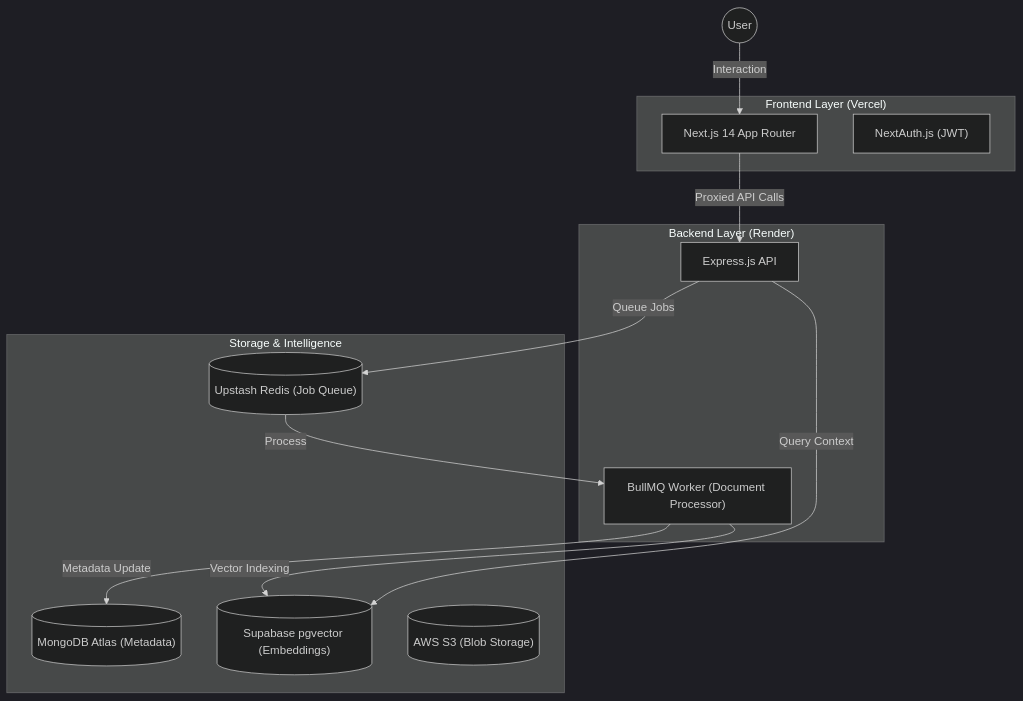
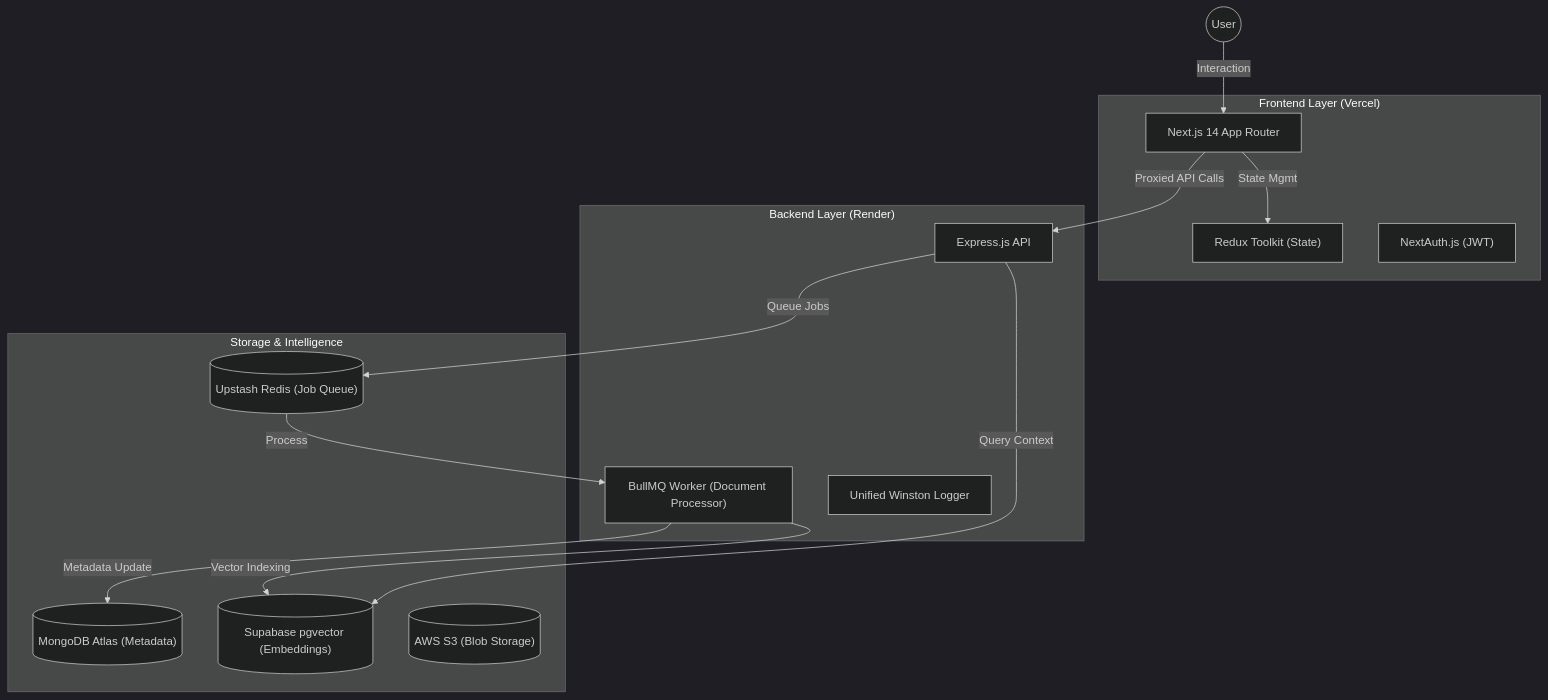
One commit to abdulbasithibnhanifa/NeuroVault changed the diagram in README.md. Above: the diagram before and after it, drawn with Mermaid (dark theme). The commit also changed other lines of this file and 9 other files, not shown here.

````diff
--- a/README.md
+++ b/README.md
@@ -14,29 +14,32 @@
 ```mermaid
 graph TD
     User((User))
     
     subgraph "Frontend Layer (Vercel)"
         NextJS["Next.js 14 App Router"]
+        Redux["Redux Toolkit (State)"]
         Auth["NextAuth.js (JWT)"]
     end
     
     subgraph "Backend Layer (Render)"
         Express["Express.js API"]
         Worker["BullMQ Worker (Document Processor)"]
+        Logger["Unified Winston Logger"]
     end
     
     subgraph "Storage & Intelligence"
         MongoDB[("MongoDB Atlas (Metadata)")]
         Supabase[("Supabase pgvector (Embeddings)")]
         Redis[("Upstash Redis (Job Queue)")]
         S3[("AWS S3 (Blob Storage)")]
     end
 
     User -->|Interaction| NextJS
+    NextJS -->|State Mgmt| Redux
     NextJS -->|Proxied API Calls| Express
     Express -->|Queue Jobs| Redis
     Redis -->|Process| Worker
     Worker -->|Vector Indexing| Supabase
     Worker -->|Metadata Update| MongoDB
     Express -->|Query Context| Supabase
 ```
````
